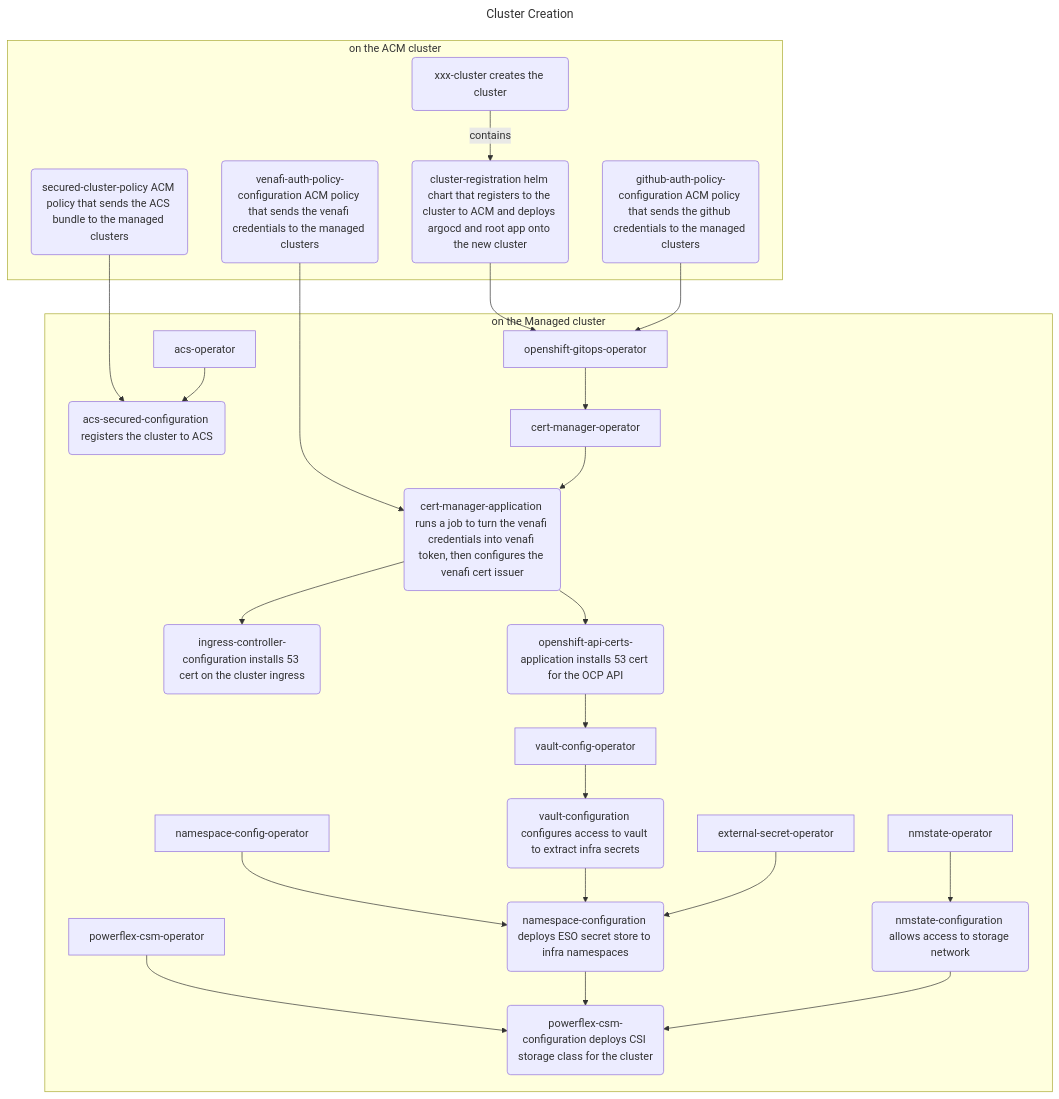
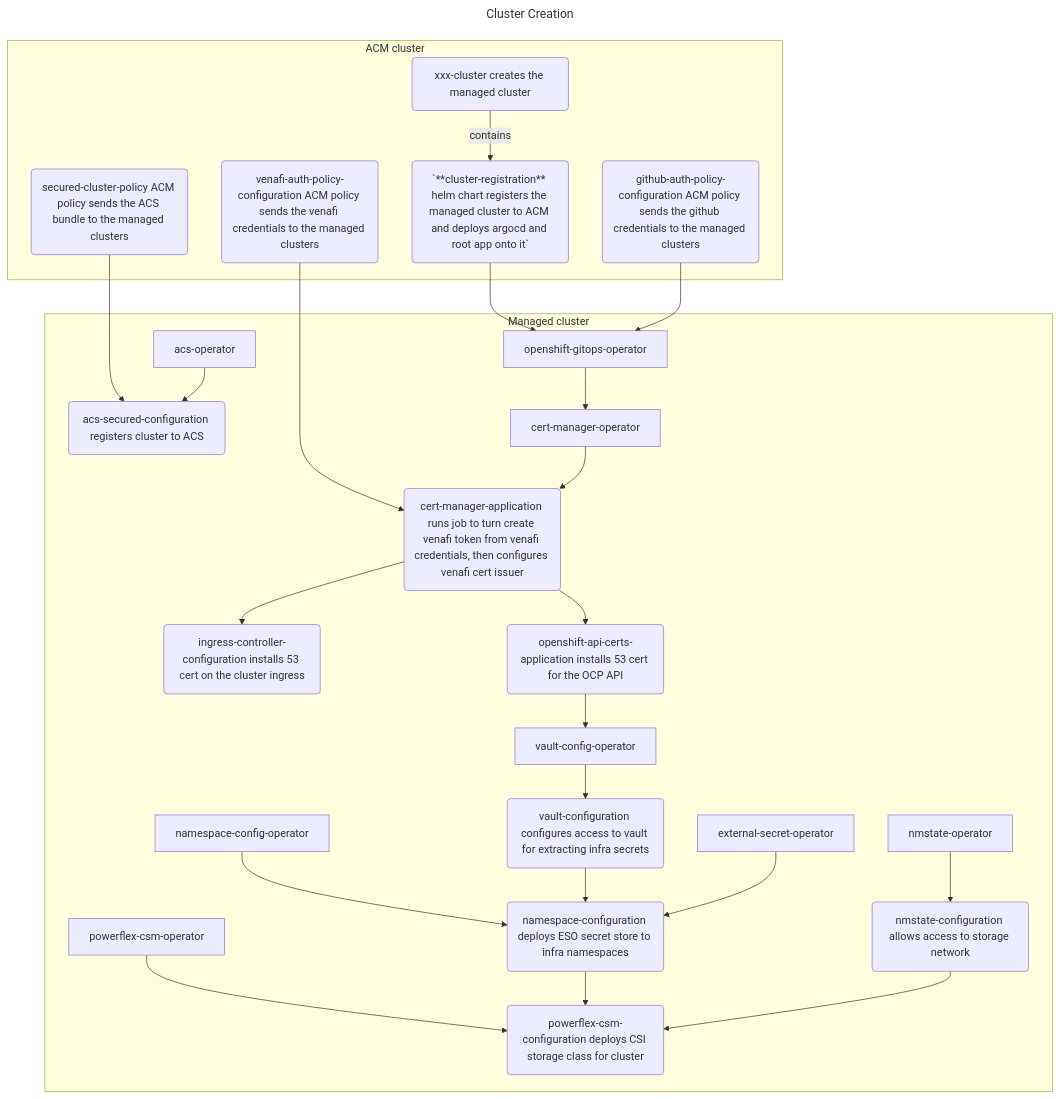
One commit to mmwillingham/acm changed the diagram in test-mermaid/test-mermaid.build.md. Above: the diagram before and after it, drawn with Mermaid.

````diff
--- a/test-mermaid/test-mermaid.build.md
+++ b/test-mermaid/test-mermaid.build.md
@@ -2,42 +2,42 @@
 ```mermaid
 ---
 title: Cluster Creation
 ---
 flowchart TD
     venafi-auth-policy-configuration --> cert-manager-application
     cluster-registration --> openshift-gitops-operator
     github-auth-policy-configuration --> openshift-gitops-operator
     secured-cluster-policy --> acs-secured-configuration
 
-  subgraph "on the ACM cluster"
-    xxx-cluster(xxx-cluster creates the cluster) -- contains --> cluster-registration(cluster-registration helm chart that registers to the cluster to ACM and deploys argocd and root app onto the new cluster)
-    venafi-auth-policy-configuration(venafi-auth-policy-configuration ACM policy that sends the venafi credentials to the managed clusters)
-    github-auth-policy-configuration(github-auth-policy-configuration ACM policy that sends the github credentials to the managed clusters)
-    secured-cluster-policy(secured-cluster-policy ACM policy that sends the ACS bundle to the managed clusters)
+  subgraph "ACM cluster"
+    xxx-cluster(xxx-cluster creates the managed cluster) -- contains --> cluster-registration(`**cluster-registration** helm chart registers the managed cluster to ACM and deploys argocd and root app onto it`)
+    venafi-auth-policy-configuration(venafi-auth-policy-configuration ACM policy sends the venafi credentials to the managed clusters)
+    github-auth-policy-configuration(github-auth-policy-configuration ACM policy sends the github credentials to the managed clusters)
+    secured-cluster-policy(secured-cluster-policy ACM policy sends the ACS bundle to the managed clusters)
   end
 
-  subgraph "on the Managed cluster"
+  subgraph "Managed cluster"
     openshift-gitops-operator --> cert-manager-operator
-    cert-manager-operator --> cert-manager-application(cert-manager-application runs a job to turn the venafi credentials into venafi token, then configures the venafi cert issuer)
+    cert-manager-operator --> cert-manager-application(cert-manager-application runs job to turn create venafi token from venafi credentials, then configures venafi cert issuer)
     cert-manager-application --> ingress-controller-configuration(ingress-controller-configuration installs 53 cert on the cluster ingress)
     cert-manager-application --> openshift-api-certs-application(openshift-api-certs-application installs 53 cert for the OCP API)
     openshift-api-certs-application --> vault-config-operator
-    vault-config-operator --> vault-configuration(vault-configuration configures access to vault to extract infra secrets)
+    vault-config-operator --> vault-configuration(vault-configuration configures access to vault for extracting infra secrets)
     nmstate-operator --> nmstate-configuration(nmstate-configuration allows access to storage network)
     namespace-config-operator --> namespace-configuration(namespace-configuration deploys ESO secret store to infra namespaces)
     vault-configuration --> namespace-configuration
     external-secret-operator --> namespace-configuration
-    powerflex-csm-operator --> powerflex-csm-configuration(powerflex-csm-configuration deploys CSI storage class for the cluster)
+    powerflex-csm-operator --> powerflex-csm-configuration(powerflex-csm-configuration deploys CSI storage class for cluster)
     namespace-configuration --> powerflex-csm-configuration
     nmstate-configuration --> powerflex-csm-configuration
-    acs-operator --> acs-secured-configuration(acs-secured-configuration registers the cluster to ACS) 
+    acs-operator --> acs-secured-configuration(acs-secured-configuration registers cluster to ACS) 
   end
 
 
 
 
 
 
 
 
 ```
````
